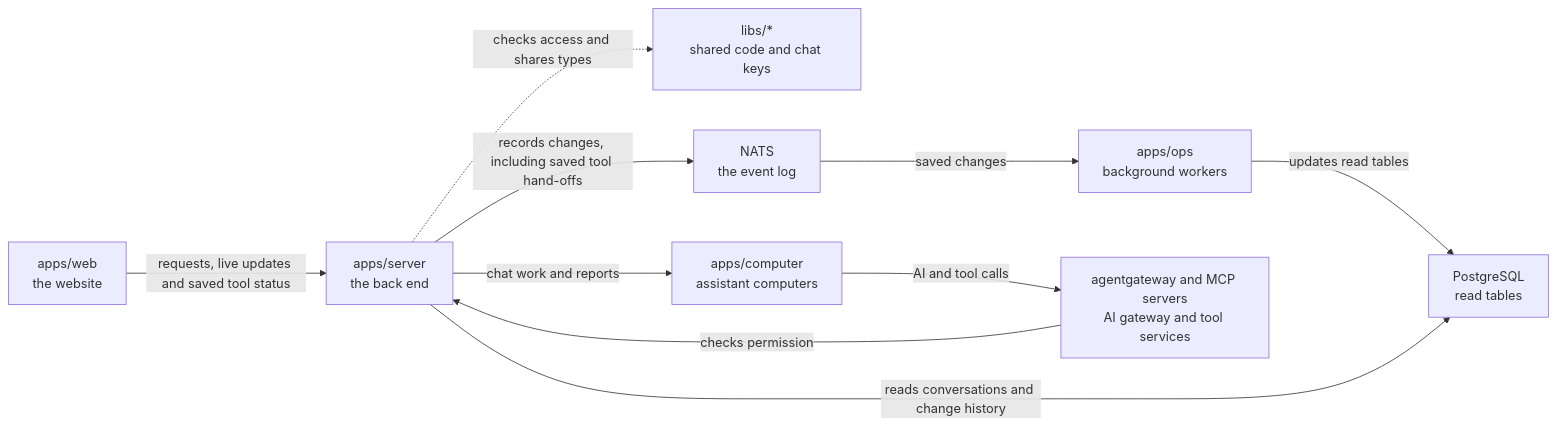
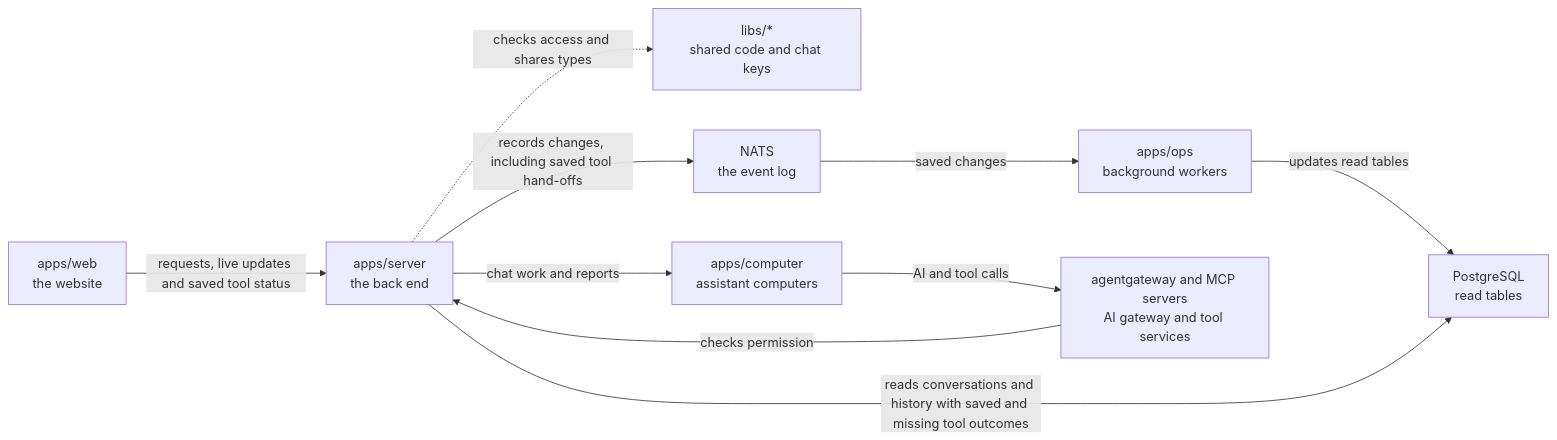
One commit to elewa-git/opencrane-new changed the diagram in apps/server/README.md. Above: the diagram before and after it, drawn with Mermaid. The commit also changed other lines of this file and 5 other files, not shown here.

Commit message:
🛠️ Keep missing tool dispatch outcomes unknown in Change history

````diff
--- a/apps/server/README.md
+++ b/apps/server/README.md
@@ -25,12 +26,12 @@
 ```mermaid
 flowchart LR
   web["apps/web<br/>the website"] -->|requests, live updates and saved tool status| server["apps/server<br/>the back end"]
   server -.->|checks access and shares types| libs["libs/*<br/>shared code and chat keys"]
   server -->|records changes, including saved tool hand-offs| nats["NATS<br/>the event log"]
   nats -->|saved changes| ops["apps/ops<br/>background workers"]
   ops -->|updates read tables| postgres["PostgreSQL<br/>read tables"]
-  server -->|reads conversations and change history| postgres
+  server -->|reads conversations and history with saved and missing tool outcomes| postgres
   server -->|chat work and reports| computer["apps/computer<br/>assistant computers"]
   computer -->|AI and tool calls| runtime["agentgateway and MCP servers<br/>AI gateway and tool services"]
   runtime -->|checks permission| server
 ```
````
